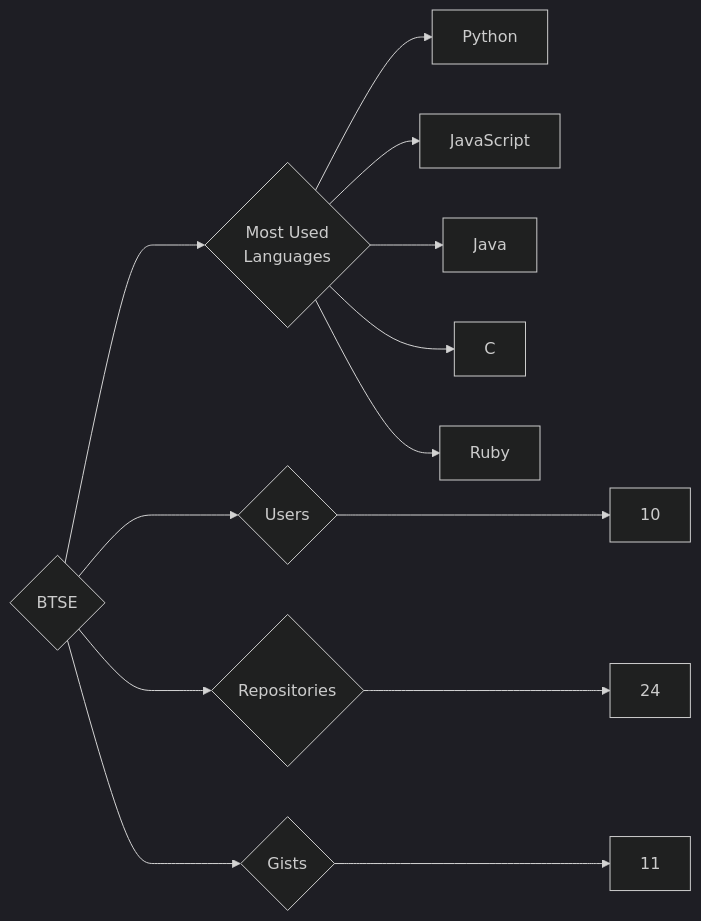
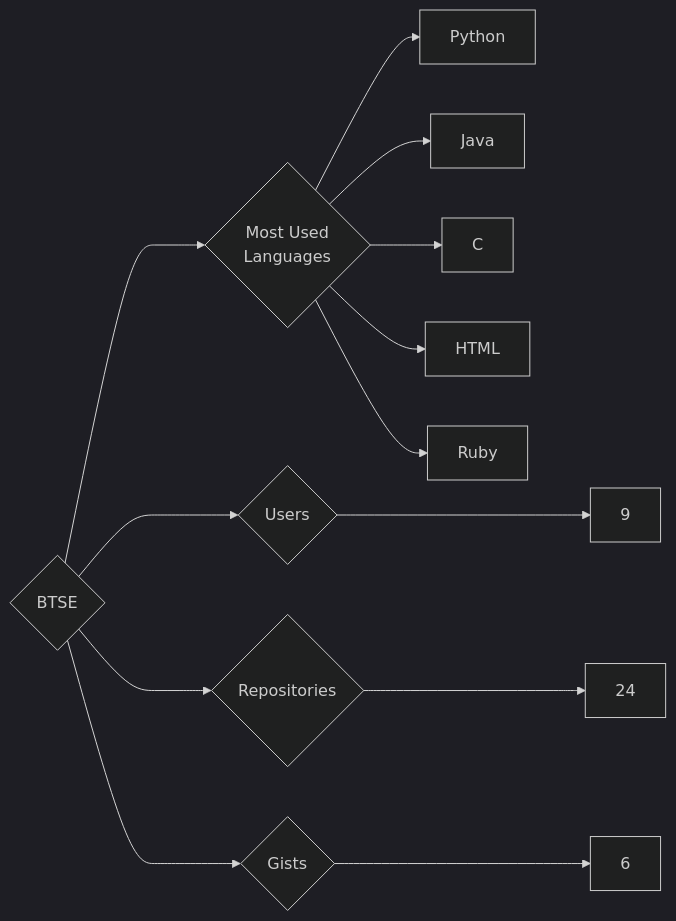
The diagram in targets/BTSE/README.md (trickest/insiders), drawn with Mermaid (dark theme) before and after one commit. The commit also changed 985 other files, not shown here.

````diff
--- a/targets/BTSE/README.md
+++ b/targets/BTSE/README.md
@@ -3,13 +3,13 @@
 ```mermaid
 graph LR
 COMPANY_NAME{BTSE}
-COMPANY_NAME ---> U{Users} ---> UN[10]
+COMPANY_NAME ---> U{Users} ---> UN[9]
 COMPANY_NAME ---> R{Repositories} ---> RN[24]
-COMPANY_NAME ---> G{Gists} ---> GN[11]
+COMPANY_NAME ---> G{Gists} ---> GN[6]
 COMPANY_NAME ---> ML{Most Used<br>Languages}
 ML --> Python[Python]
-ML --> JavaScript[JavaScript]
 ML --> Java[Java]
 ML --> C[C]
+ML --> HTML[HTML]
 ML --> Ruby[Ruby]
 ```
````
